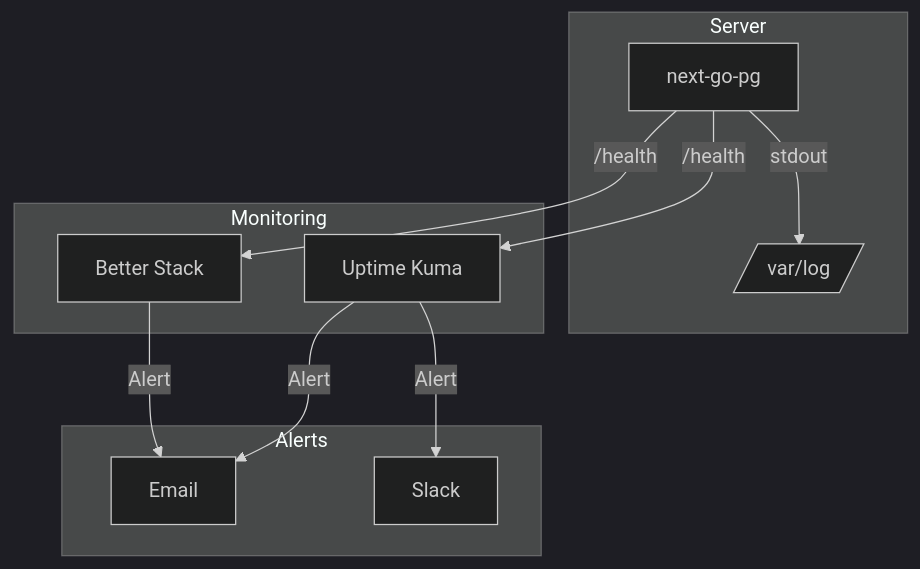
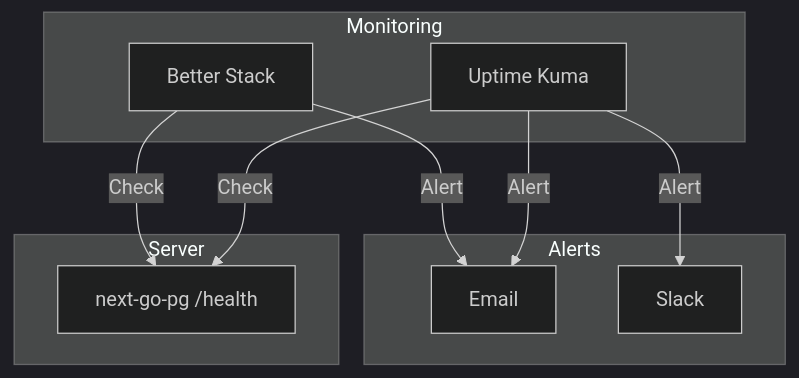
Before and after one commit to atilladeniz/next-go-pg: the ninth of 10 diagrams in .concepts/architecture/deployment.md, drawn with Mermaid (dark theme). The commit also changed other lines of this file and 34 other files, not shown here.

````diff
--- a/.concepts/architecture/deployment.md
+++ b/.concepts/architecture/deployment.md
@@ -159,24 +242,22 @@
 ```mermaid
 flowchart TB
-    subgraph Server
-        App[next-go-pg]
-        Logs[/var/log/]
-    end
-
     subgraph Monitoring
         UK[Uptime Kuma]
         BT[Better Stack]
     end
 
     subgraph Alerts
         E[Email]
         S[Slack]
     end
 
-    App -->|stdout| Logs
-    App -->|/health| UK
-    App -->|/health| BT
+    subgraph Server
+        App[next-go-pg /health]
+    end
+
+    UK -->|Check| App
+    BT -->|Check| App
     UK -->|Alert| E
     UK -->|Alert| S
     BT -->|Alert| E
 ```
````
